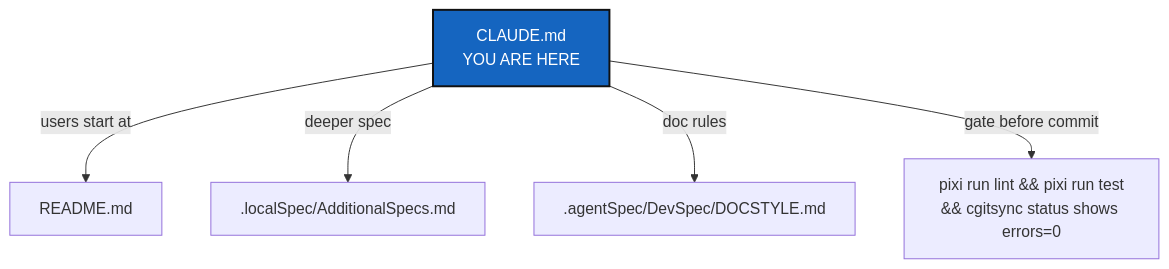
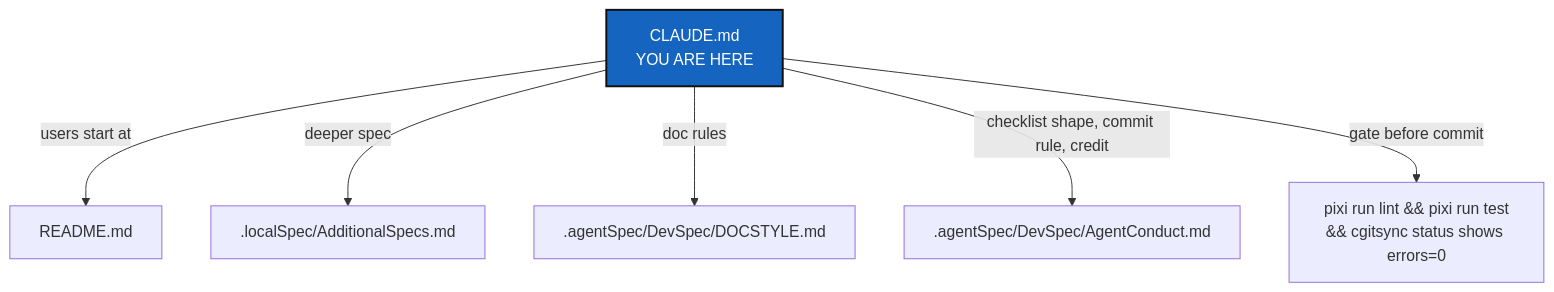
The diagram in CLAUDE.md (flipoyo/.claude), drawn with Mermaid before and after one commit. The commit also changed other lines of this file and 1 other file, not shown here.

````diff
--- a/CLAUDE.md
+++ b/CLAUDE.md
@@ -25,10 +30,11 @@
 ```mermaid
 graph TD
     CLAUDE["CLAUDE.md<br/>YOU ARE HERE"] -->|users start at| README["README.md"]
     CLAUDE -->|deeper spec| SPEC[".localSpec/AdditionalSpecs.md"]
     CLAUDE -->|doc rules| STYLE[".agentSpec/DevSpec/DOCSTYLE.md"]
+    CLAUDE -->|checklist shape, commit rule, credit| CONDUCT[".agentSpec/DevSpec/AgentConduct.md"]
     CLAUDE -->|gate before commit| CI["pixi run lint && pixi run test<br/>&& cgitsync status shows errors=0"]
 
     classDef here fill:#1565C0,color:#fff,stroke:#111,stroke-width:2px;
     class CLAUDE here;
 ```
````
